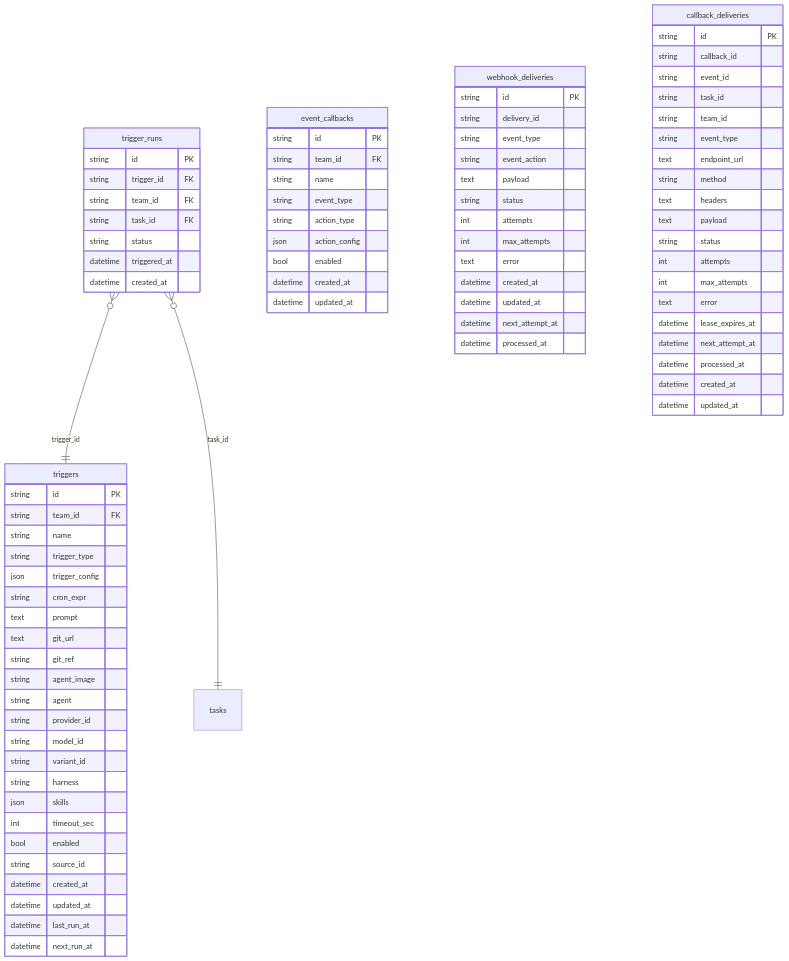
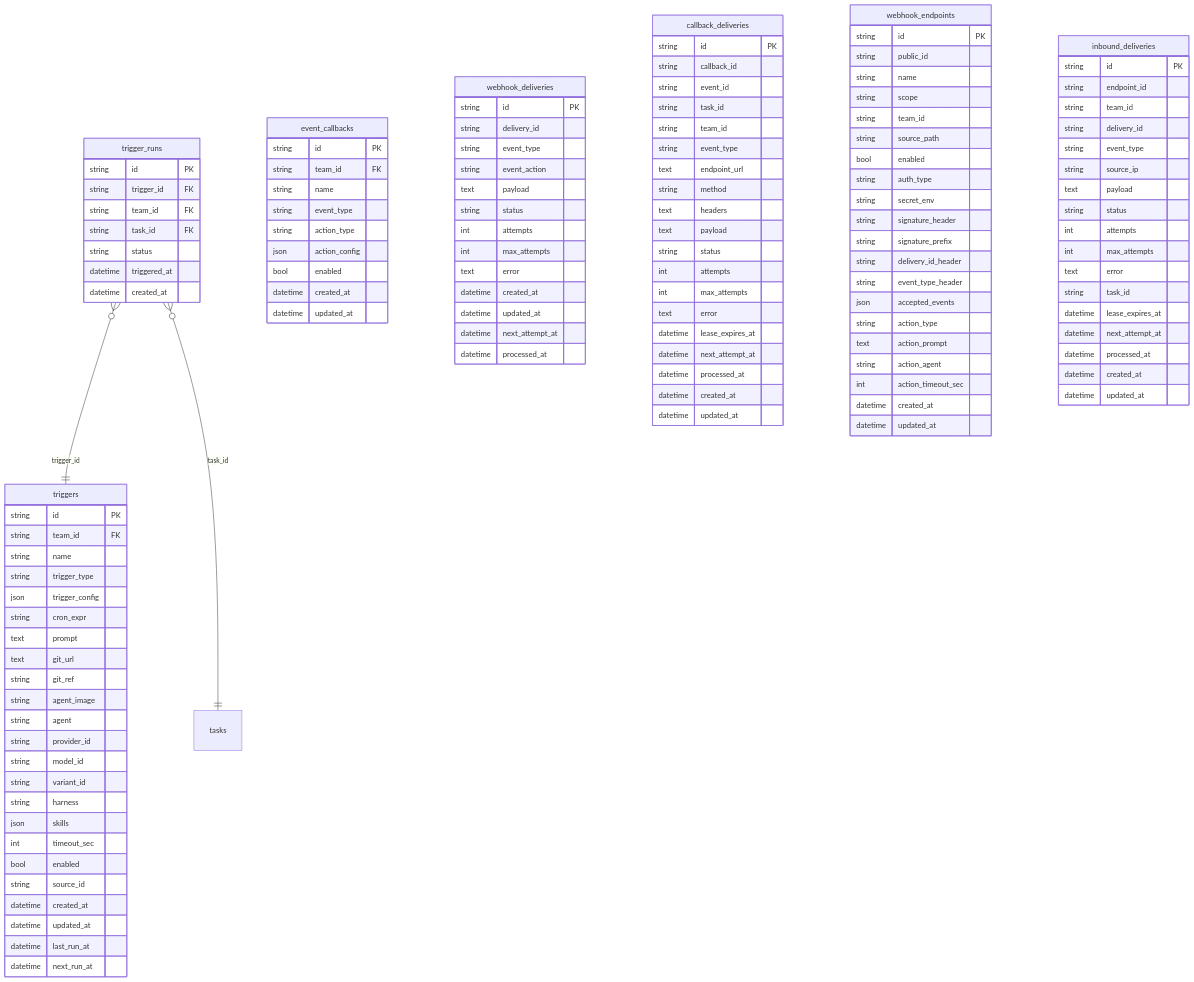
Before and after one commit to flatout-works/chetter: the third of 6 diagrams in docs/SCHEMA.md, drawn with Mermaid. The commit also changed other lines of this file and 23 other files, not shown here.

First line of the commit message:
feat(webhooks): generic inbound webhook endpoints (issue #120)

````diff
--- a/docs/SCHEMA.md
+++ b/docs/SCHEMA.md
@@ -317,6 +317,47 @@
         datetime created_at
         datetime updated_at
     }
+    webhook_endpoints {
+        string id PK
+        string public_id
+        string name
+        string scope
+        string team_id
+        string source_path
+        bool enabled
+        string auth_type
+        string secret_env
+        string signature_header
+        string signature_prefix
+        string delivery_id_header
+        string event_type_header
+        json accepted_events
+        string action_type
+        text action_prompt
+        string action_agent
+        int action_timeout_sec
+        datetime created_at
+        datetime updated_at
+    }
+    inbound_deliveries {
+        string id PK
+        string endpoint_id
+        string team_id
+        string delivery_id
+        string event_type
+        string source_ip
+        text payload
+        string status
+        int attempts
+        int max_attempts
+        text error
+        string task_id
+        datetime lease_expires_at
+        datetime next_attempt_at
+        datetime processed_at
+        datetime created_at
+        datetime updated_at
+    }
     trigger_runs }o--|| triggers : "trigger_id"
     trigger_runs }o--|| tasks : "task_id"
 ```
````
